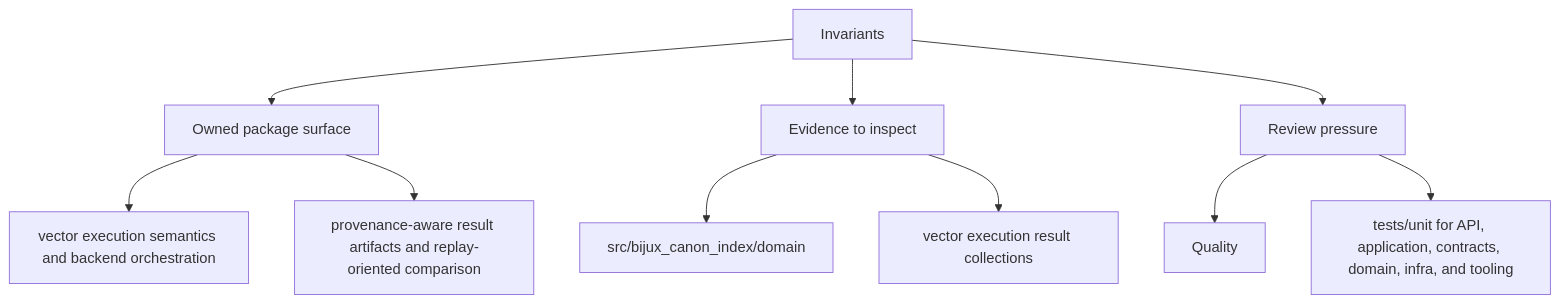
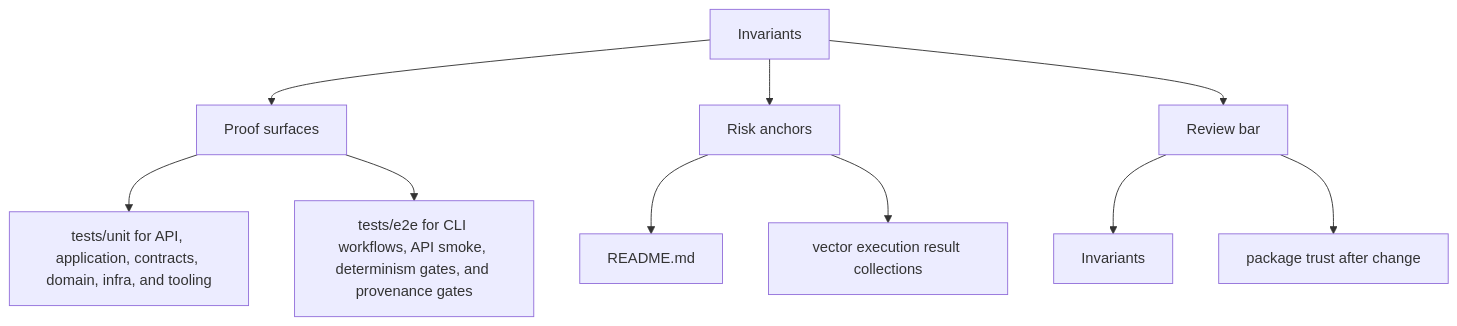
The second of 2 diagrams in docs/bijux-canon-index/quality/invariants.md (bijux/bijux-canon), drawn with Mermaid before and after one commit. The commit also changed other lines of this file and 250 other files, not shown here.

Commit message:
docs(diagrams): make product page maps more readable

````diff
--- a/docs/bijux-canon-index/quality/invariants.md
+++ b/docs/bijux-canon-index/quality/invariants.md
@@ -34,22 +34,22 @@
 ```mermaid
 flowchart TD
     page["Invariants"]
-    focus1["Owned package surface"]
+    focus1["Proof surfaces"]
     page --> focus1
-    focus1_1["vector execution semantics and backend orchestration"]
+    focus1_1["tests/unit for API, application, contracts, domain, infra, and tooling"]
     focus1 --> focus1_1
-    focus1_2["provenance-aware result artifacts and replay-oriented comparison"]
+    focus1_2["tests/e2e for CLI workflows, API smoke, determinism gates, and provenance gates"]
     focus1 --> focus1_2
-    focus2["Evidence to inspect"]
+    focus2["Risk anchors"]
     page --> focus2
-    focus2_1["src/bijux_canon_index/domain"]
+    focus2_1["README.md"]
     focus2 --> focus2_1
     focus2_2["vector execution result collections"]
     focus2 --> focus2_2
-    focus3["Review pressure"]
+    focus3["Review bar"]
     page --> focus3
-    focus3_1["Quality"]
+    focus3_1["Invariants"]
     focus3 --> focus3_1
-    focus3_2["tests/unit for API, application, contracts, domain, infra, and tooling"]
+    focus3_2["package trust after change"]
     focus3 --> focus3_2
 ```
````
